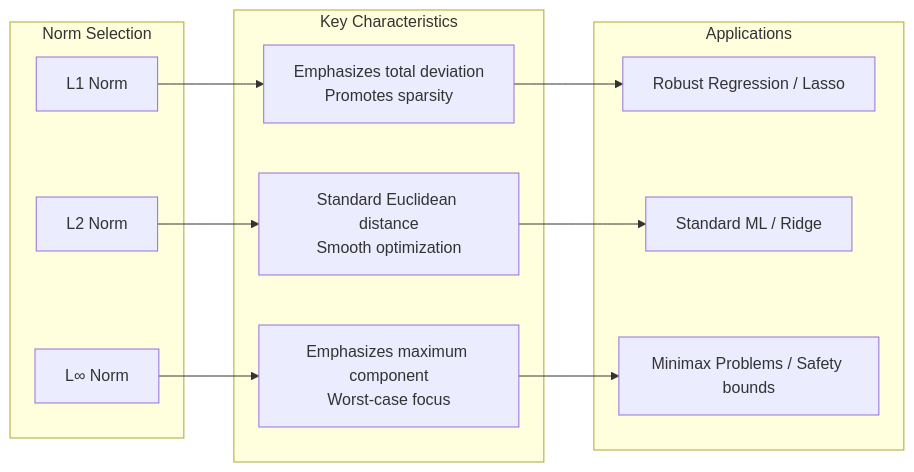
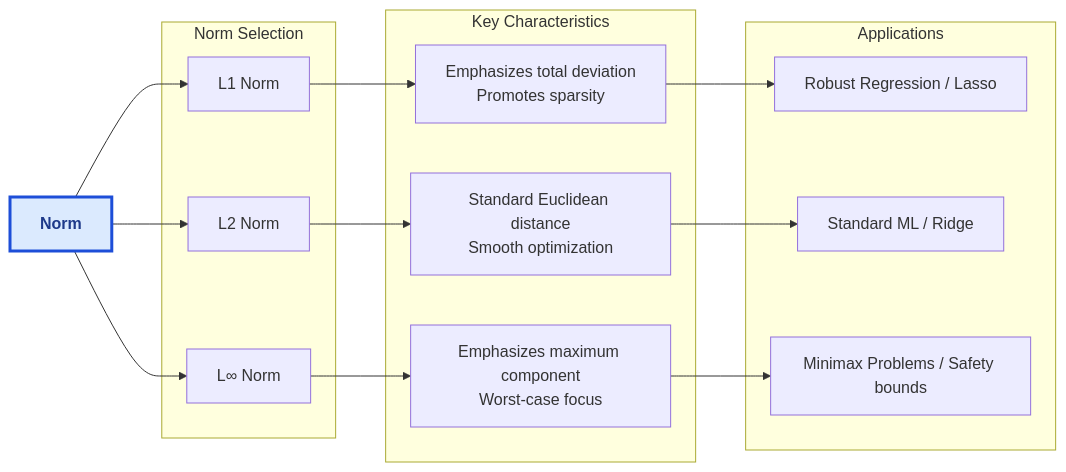
One commit to ilwon-seo/terms changed the second of 3 diagrams in N/Norm (mathematics).md. Above: the diagram before and after it, drawn with Mermaid. The commit also changed other lines of this file and 18 other files, not shown here.

Commit message:
Standardize current-term Mermaid styling

````diff
--- a/N/Norm (mathematics).md
+++ b/N/Norm (mathematics).md
@@ -102,24 +103,31 @@
 ```mermaid
 flowchart LR
+    Norm["Norm"]
+    Norm --> L1
+    Norm --> L2
+    Norm --> Linf
+
     subgraph Norm Selection
         L1[L1 Norm]
         L2[L2 Norm]
         Linf[L∞ Norm]
     end
 
     subgraph Key Characteristics
         Char1[Emphasizes total deviation<br>Promotes sparsity]
         Char2[Standard Euclidean distance<br>Smooth optimization]
         Char3[Emphasizes maximum component<br>Worst-case focus]
     end
 
     subgraph Applications
         App1[Robust Regression / Lasso]
         App2[Standard ML / Ridge]
         App3[Minimax Problems / Safety bounds]
     end
 
     L1 --> Char1 --> App1
     L2 --> Char2 --> App2
     Linf --> Char3 --> App3
+    classDef currentTerm fill:#dbeafe,stroke:#1d4ed8,stroke-width:3px,color:#1e3a8a,font-weight:bold
+    class Norm currentTerm
 ```
````
